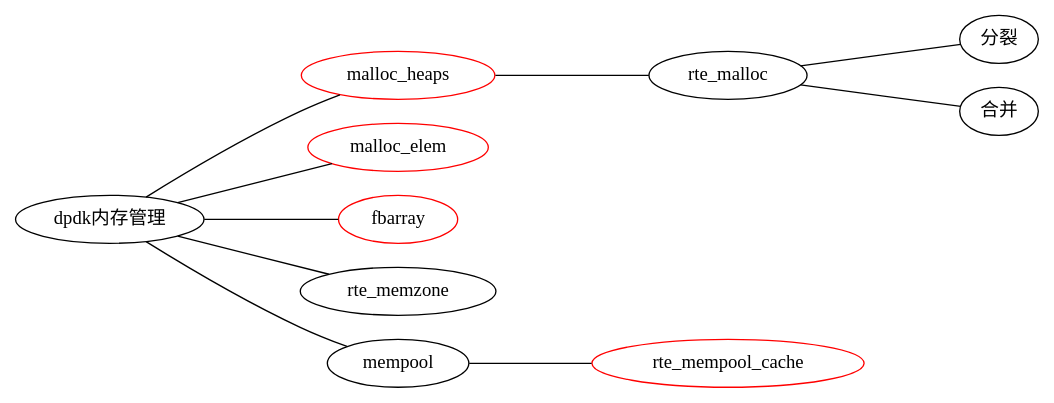
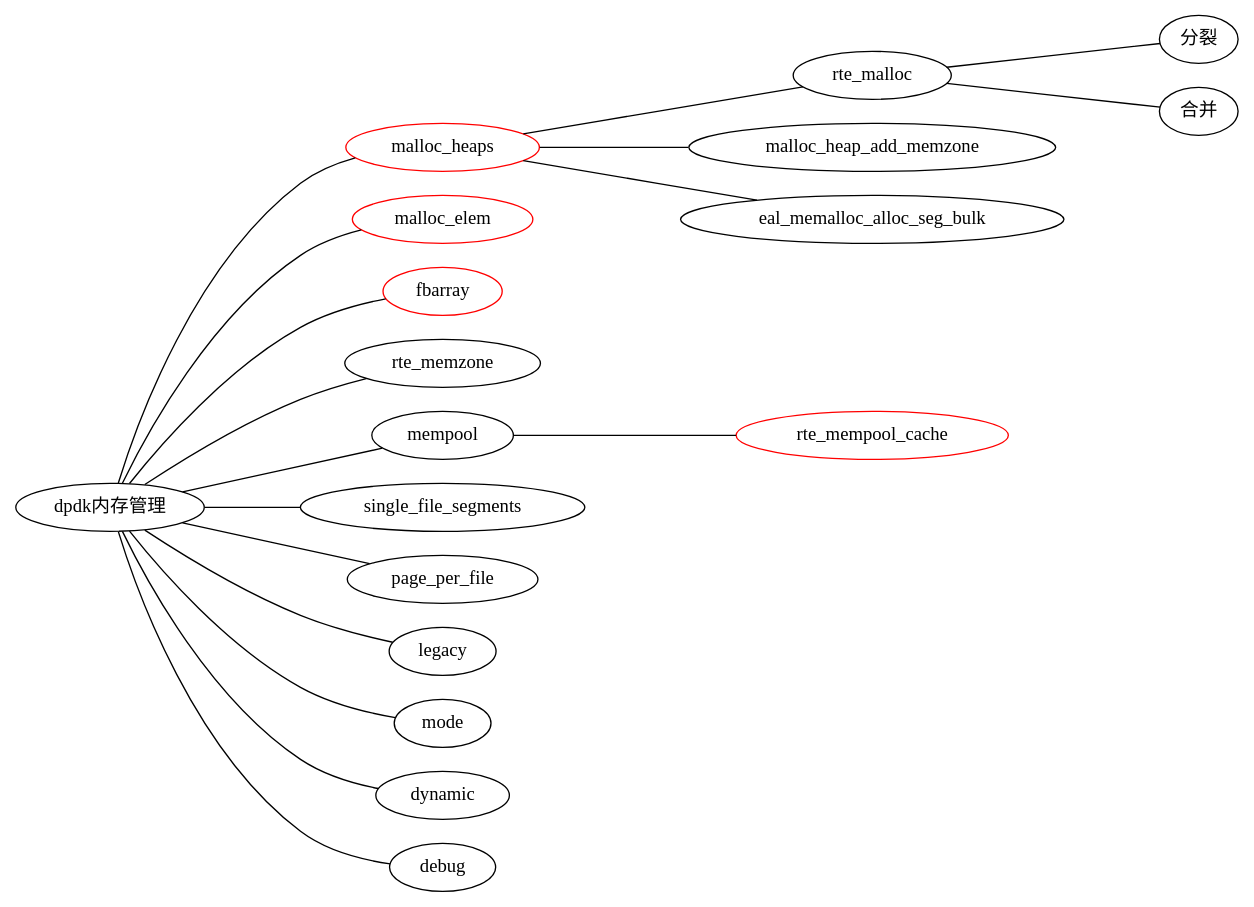
The diagram in dpdk/dpdk内存管理.md (sisyphus1212/note), drawn with Graphviz before and after one commit.

Commit message:
auto_update

````diff
--- a/dpdk/dpdk内存管理.md
+++ b/dpdk/dpdk内存管理.md
@@ -11,24 +11,31 @@
 ```graphviz
 graph graph_name{
     layout=dot;
     rankdir=LR;
     graph [ranksep=1];
 	dpdk内存管理 -- {
         malloc_heaps  [color=red]
         malloc_elem  [color=red]
         fbarray  [color=red]
         rte_memzone
         mempool
+        single_file_segments
+        page_per_file
+        legacy mode
+        dynamic mode
+        debug mode
 	}
     mempool -- {
         rte_mempool_cache  [color=red]
     }
     malloc_heaps -- {
         rte_malloc
+        malloc_heap_add_memzone
+        eal_memalloc_alloc_seg_bulk
     }
     rte_malloc -- {
         分裂
         合并
     }
 }
 ```
````
